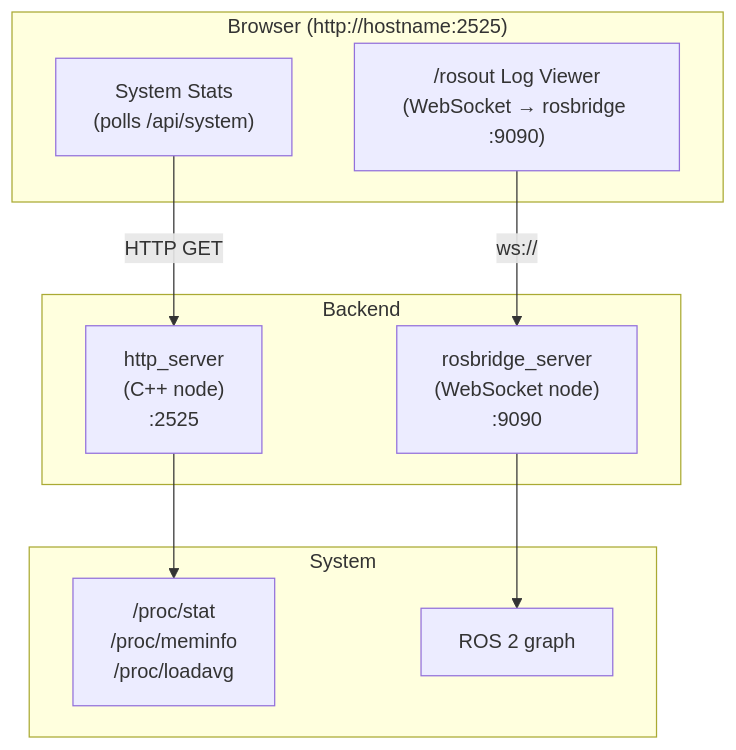
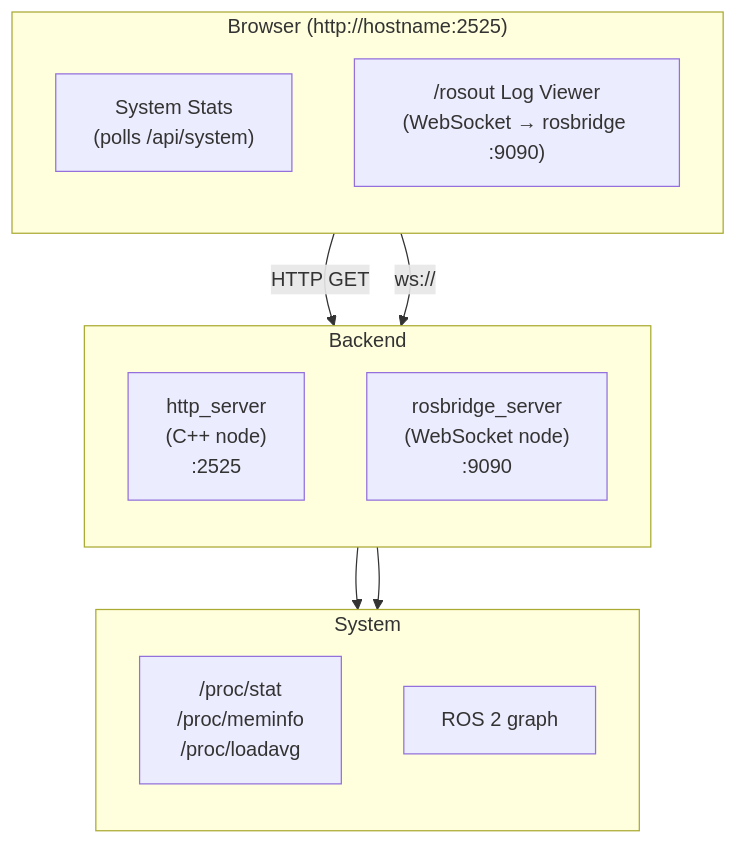
One commit to namo-robotics/ros2_system_webview changed the diagram in README.md. Above: the diagram before and after it, drawn with Mermaid. The commit also changed other lines of this file and 18 other files, not shown here.

````diff
--- a/README.md
+++ b/README.md
@@ -23,22 +27,25 @@
 ```mermaid
 flowchart TB
     subgraph Browser["Browser (http://hostname:2525)"]
+        direction TB
         Stats["System Stats<br/>(polls /api/system)"]
         Logs["/rosout Log Viewer<br/>(WebSocket → rosbridge :9090)"]
     end
 
     subgraph Backend
+        direction TB
         HTTP["http_server<br/>(C++ node)<br/>:2525"]
         ROS["rosbridge_server<br/>(WebSocket node)<br/>:9090"]
     end
 
     subgraph System
+        direction TB
         Proc["/proc/stat<br/>/proc/meminfo<br/>/proc/loadavg"]
         Graph["ROS 2 graph"]
     end
 
     Stats -->|HTTP GET| HTTP
     Logs -->|ws://| ROS
     HTTP --> Proc
     ROS --> Graph
 ```
````
